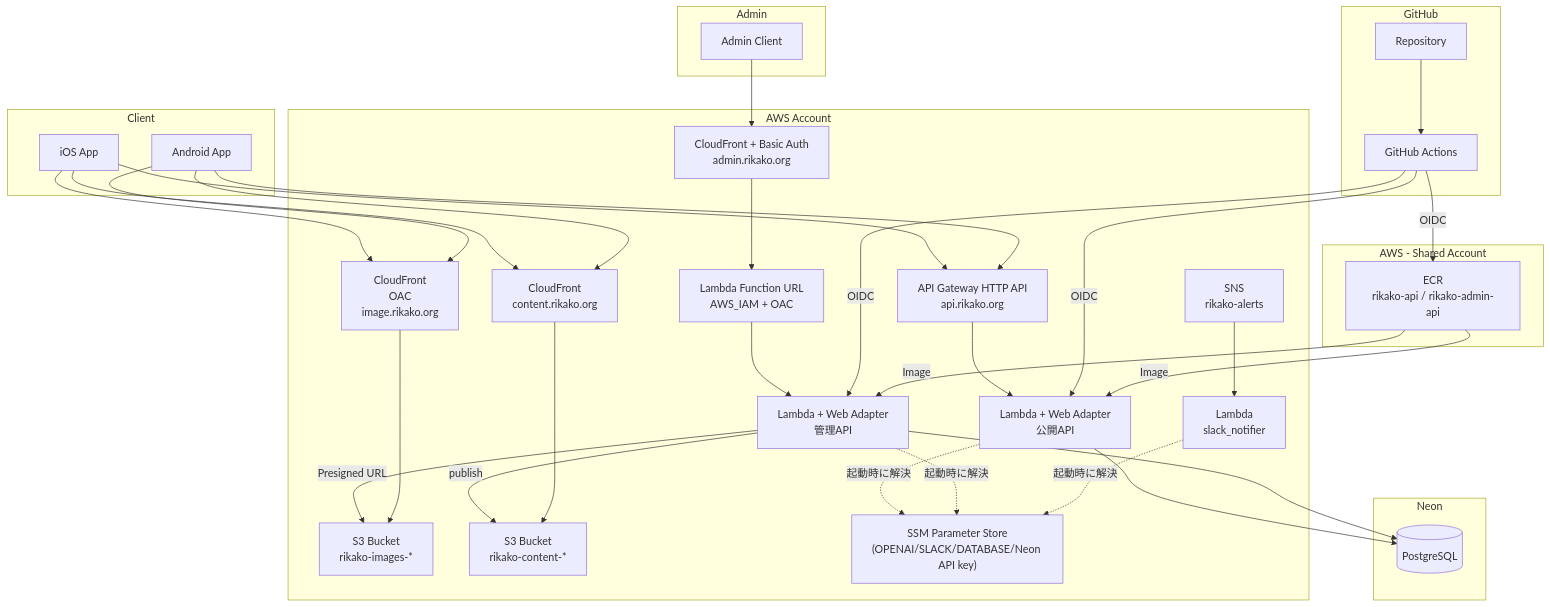
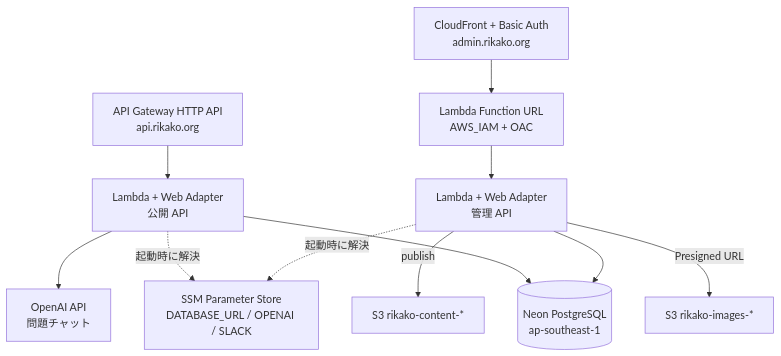
Before and after one commit to takoikatakotako/rikako: the second of 6 diagrams in docs/architecture.md, drawn with Mermaid. The commit also changed other lines of this file and 3 other files, not shown here.

````diff
--- a/docs/architecture.md
+++ b/docs/architecture.md
@@ -5,67 +56,23 @@
 ```mermaid
 graph TB
-    subgraph Client
-        iOS[iOS App]
-        Android[Android App]
-    end
+    APIGW["API Gateway HTTP API<br/>api.rikako.org"]
+    Lambda["Lambda + Web Adapter<br/>公開 API"]
+    AdminCF["CloudFront + Basic Auth<br/>admin.rikako.org"]
+    AdminFURL["Lambda Function URL<br/>AWS_IAM + OAC"]
+    AdminLambda["Lambda + Web Adapter<br/>管理 API"]
+    ImageS3["S3 rikako-images-*"]
+    ContentS3["S3 rikako-content-*"]
+    SSM["SSM Parameter Store<br/>DATABASE_URL / OPENAI / SLACK"]
+    OpenAI["OpenAI API<br/>問題チャット"]
+    DB[("Neon PostgreSQL<br/>ap-southeast-1")]
 
-    subgraph Admin
-        AdminClient[Admin Client]
-    end
-
-    subgraph AWS Account
-        APIGW[API Gateway HTTP API<br/>api.rikako.org]
-        Lambda[Lambda + Web Adapter<br/>公開API]
-        AdminCF[CloudFront + Basic Auth<br/>admin.rikako.org]
-        AdminFURL[Lambda Function URL<br/>AWS_IAM + OAC]
-        AdminLambda[Lambda + Web Adapter<br/>管理API]
-        S3[S3 Bucket<br/>rikako-images-*]
-        CF[CloudFront<br/>OAC<br/>image.rikako.org]
-        ContentCF[CloudFront<br/>content.rikako.org]
-        ContentS3[S3 Bucket<br/>rikako-content-*]
-        SlackNotifier[Lambda<br/>slack_notifier]
-        SNS[SNS<br/>rikako-alerts]
-        SSM["SSM Parameter Store<br/>(OPENAI/SLACK/DATABASE/Neon API key)"]
-    end
-
-    subgraph Neon
-        DB[(PostgreSQL)]
-    end
-
-    subgraph AWS - Shared Account
-        ECR[ECR<br/>rikako-api / rikako-admin-api]
-    end
-
-    subgraph GitHub
-        Repo[Repository]
-        Actions[GitHub Actions]
-    end
-
-    iOS --> APIGW
-    Android --> APIGW
-    iOS --> CF
-    Android --> CF
-    iOS --> ContentCF
-    Android --> ContentCF
     APIGW --> Lambda
+    AdminCF --> AdminFURL --> AdminLambda
     Lambda --> DB
+    AdminLambda --> DB
     Lambda -.->|起動時に解決| SSM
-    AdminClient --> AdminCF
-    AdminCF --> AdminFURL
-    AdminFURL --> AdminLambda
-    AdminLambda --> DB
     AdminLambda -.->|起動時に解決| SSM
-    AdminLambda -->|Presigned URL| S3
+    Lambda --> OpenAI
+    AdminLambda -->|Presigned URL| ImageS3
     AdminLambda -->|publish| ContentS3
-    CF --> S3
-    ContentCF --> ContentS3
-    SNS --> SlackNotifier
-    SlackNotifier -.->|起動時に解決| SSM
-
-    Actions -->|OIDC| ECR
-    Actions -->|OIDC| Lambda
-    Actions -->|OIDC| AdminLambda
-    ECR -->|Image| Lambda
-    ECR -->|Image| AdminLambda
-    Repo --> Actions
 ```
````
